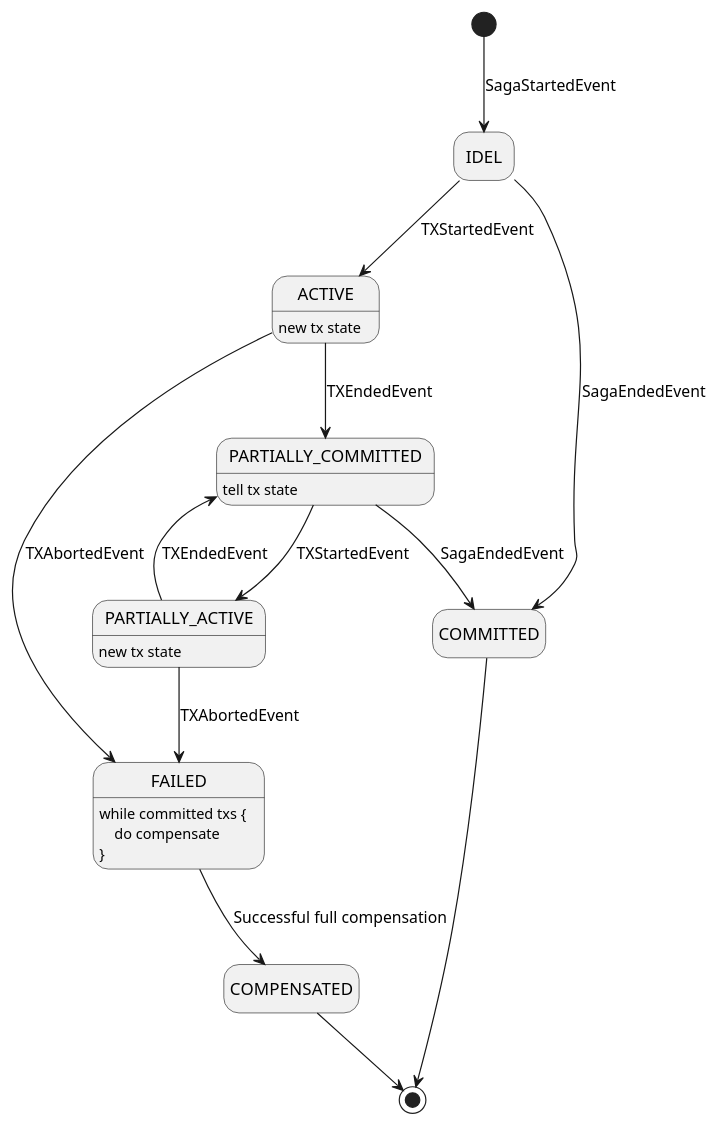
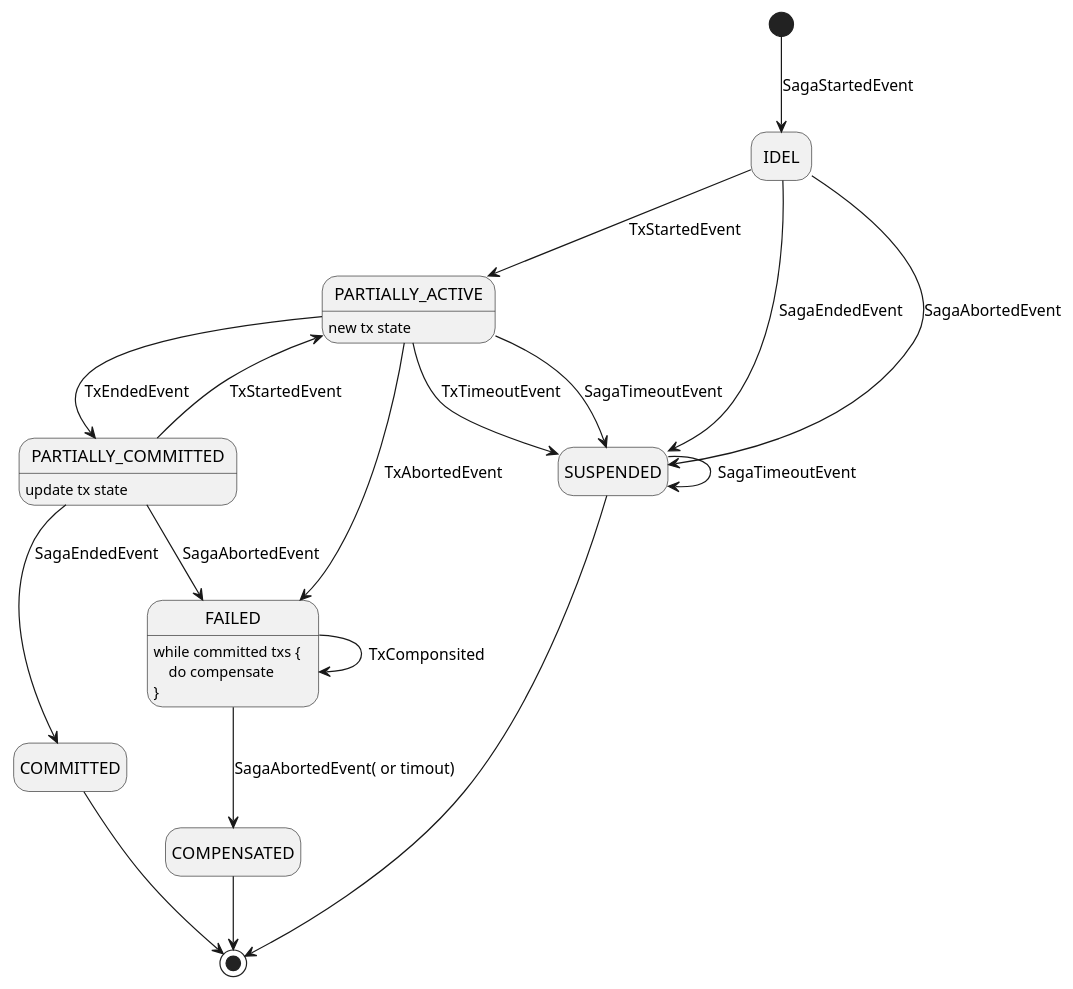
The diagram in state_machine_demo/saga-akkafsm/plantuml/SagaStateDiagram.puml (coolbeevip/playground), drawn with PlantUML before and after one commit. The commit also changed 11 other files, not shown here.

Commit message:
增加场景时序图

```diff
--- a/state_machine_demo/saga-akkafsm/plantuml/SagaStateDiagram.puml
+++ b/state_machine_demo/saga-akkafsm/plantuml/SagaStateDiagram.puml
@@ -1,37 +1,45 @@
 @startuml
 hide empty description
 
 [*] --> IDEL : SagaStartedEvent
 
-IDEL --> ACTIVE : TXStartedEvent
+IDEL --> PARTIALLY_ACTIVE : TxStartedEvent
 
-IDEL --> COMMITTED : SagaEndedEvent
+IDEL --> SUSPENDED : SagaEndedEvent
 
-ACTIVE --> PARTIALLY_COMMITTED : TXEndedEvent
-
-ACTIVE --> FAILED : TXAbortedEvent
+IDEL --> SUSPENDED : SagaAbortedEvent
 
 PARTIALLY_COMMITTED --> COMMITTED : SagaEndedEvent
 
-PARTIALLY_COMMITTED --> PARTIALLY_ACTIVE : TXStartedEvent
+PARTIALLY_COMMITTED --> PARTIALLY_ACTIVE : TxStartedEvent
 
-PARTIALLY_ACTIVE --> PARTIALLY_COMMITTED : TXEndedEvent
+PARTIALLY_COMMITTED --> FAILED : SagaAbortedEvent
 
-PARTIALLY_ACTIVE --> FAILED : TXAbortedEvent
+PARTIALLY_ACTIVE --> PARTIALLY_COMMITTED : TxEndedEvent
 
-FAILED --> COMPENSATED : Successful full compensation
+PARTIALLY_ACTIVE --> FAILED : TxAbortedEvent
+
+PARTIALLY_ACTIVE --> SUSPENDED : TxTimeoutEvent
+
+PARTIALLY_ACTIVE --> SUSPENDED : SagaTimeoutEvent
+
+SUSPENDED --> SUSPENDED : SagaTimeoutEvent
+
+FAILED --> COMPENSATED : SagaAbortedEvent( or timout)
+
+FAILED --> FAILED : TxComponsited
 
 COMPENSATED --> [*]
 
 COMMITTED --> [*]
 
-ACTIVE : new tx state
+SUSPENDED --> [*]
 
-PARTIALLY_COMMITTED : tell tx state
+PARTIALLY_COMMITTED : update tx state
 
 PARTIALLY_ACTIVE : new tx state
 
 FAILED : while committed txs {\n    do compensate\n}
 
 
 @enduml
```
